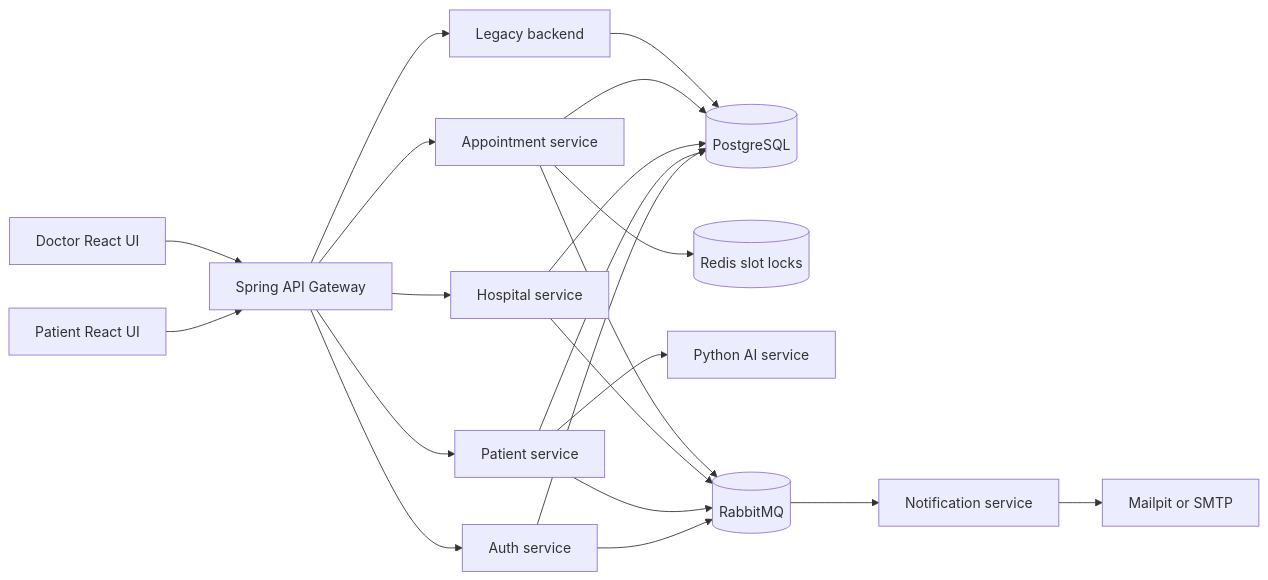
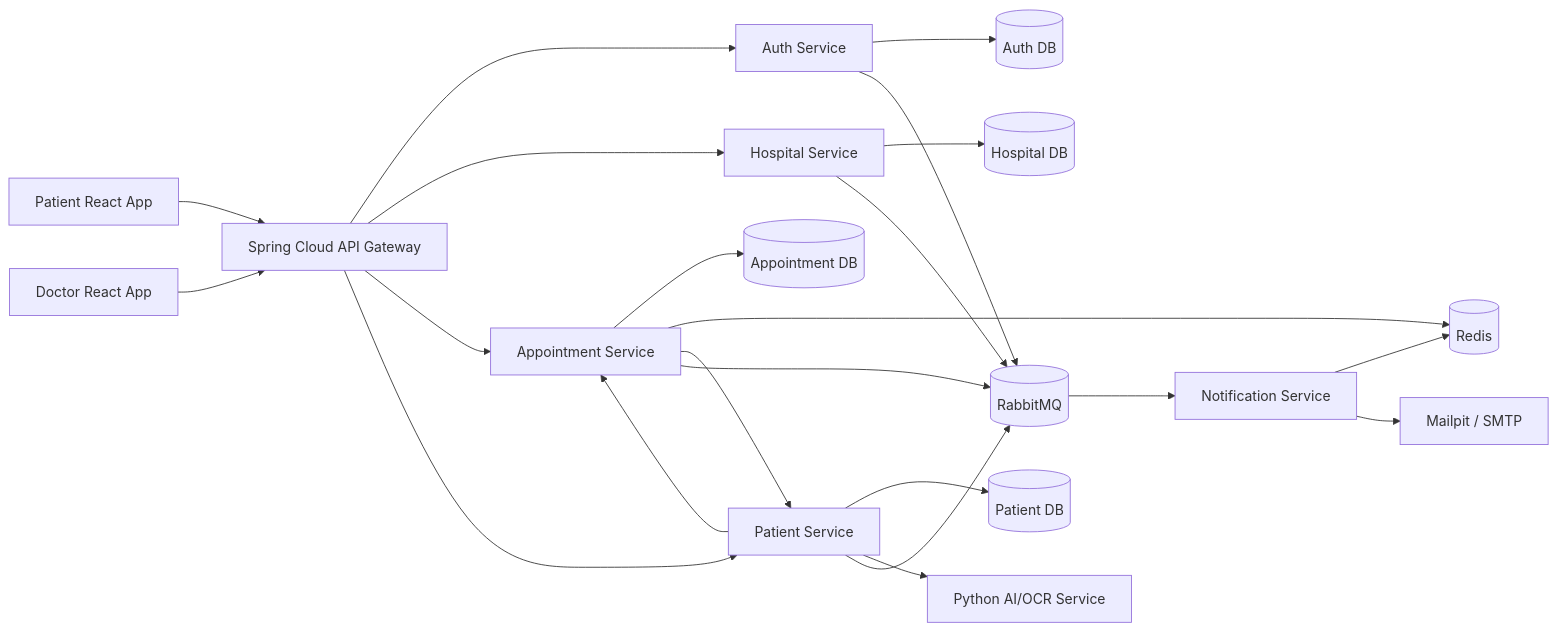
Before and after one commit to Aditya01237/SwasthyaSetu: the first of 3 diagrams in README.md, drawn with Mermaid. The commit also changed other lines of this file, not shown here.

Commit message:
Refresh README for hardened microservices architecture

````diff
--- a/README.md
+++ b/README.md
@@ -27,27 +31,30 @@
 ```mermaid
 flowchart LR
-    PatientUI[Patient React UI] --> Gateway[Spring API Gateway]
-    DoctorUI[Doctor React UI] --> Gateway
+    PatientUI[Patient React App] --> Gateway[Spring Cloud API Gateway]
+    DoctorUI[Doctor React App] --> Gateway
 
-    Gateway --> Auth[Auth service]
-    Gateway --> Patient[Patient service]
-    Gateway --> Hospital[Hospital service]
-    Gateway --> Appointment[Appointment service]
-    Gateway --> Backend[Legacy backend]
+    Gateway --> Auth[Auth Service]
+    Gateway --> Hospital[Hospital Service]
+    Gateway --> Appointment[Appointment Service]
+    Gateway --> Patient[Patient Service]
 
-    Auth --> PostgreSQL[(PostgreSQL)]
-    Patient --> PostgreSQL
-    Hospital --> PostgreSQL
-    Appointment --> PostgreSQL
-    Backend --> PostgreSQL
+    Auth --> AuthDB[(Auth DB)]
+    Hospital --> HospitalDB[(Hospital DB)]
+    Appointment --> AppointmentDB[(Appointment DB)]
+    Patient --> PatientDB[(Patient DB)]
 
-    Appointment --> Redis[(Redis slot locks)]
-    Patient --> AI[Python AI service]
+    Appointment --> Redis[(Redis)]
+    Notification --> Redis
+
+    Appointment --> Patient
+    Patient --> Appointment
+    Patient --> AI[Python AI/OCR Service]
 
     Auth --> RabbitMQ[(RabbitMQ)]
-    Patient --> RabbitMQ
     Hospital --> RabbitMQ
     Appointment --> RabbitMQ
-    RabbitMQ --> Notification[Notification service]
-    Notification --> Mail[Mailpit or SMTP]
+    Patient --> RabbitMQ
+
+    RabbitMQ --> Notification[Notification Service]
+    Notification --> SMTP[Mailpit / SMTP]
 ```
````
